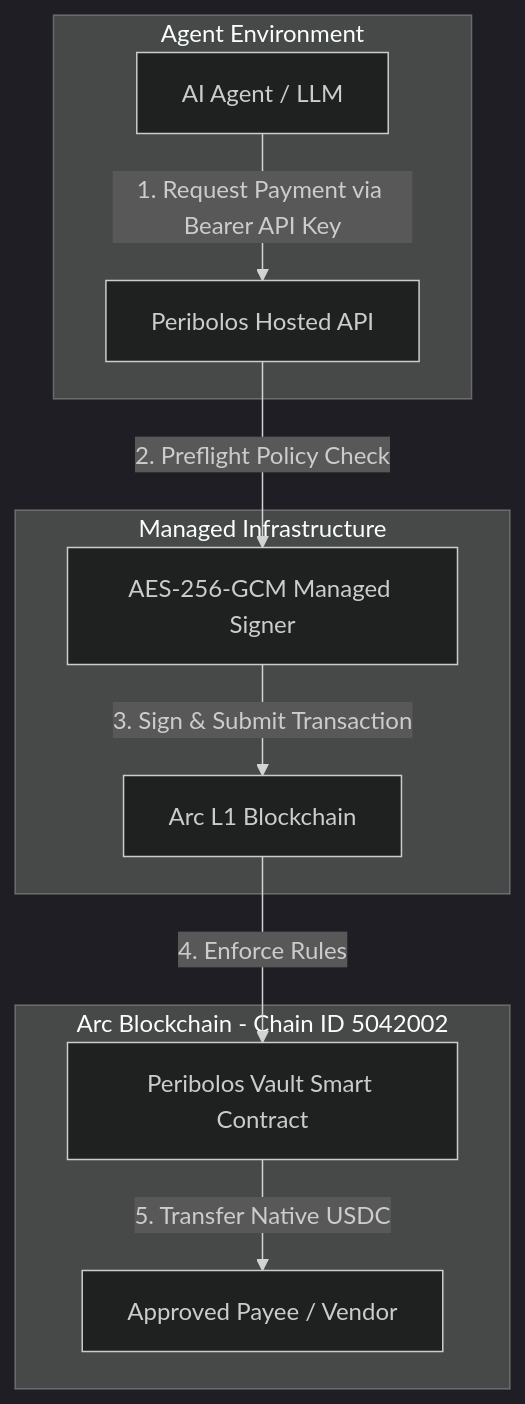
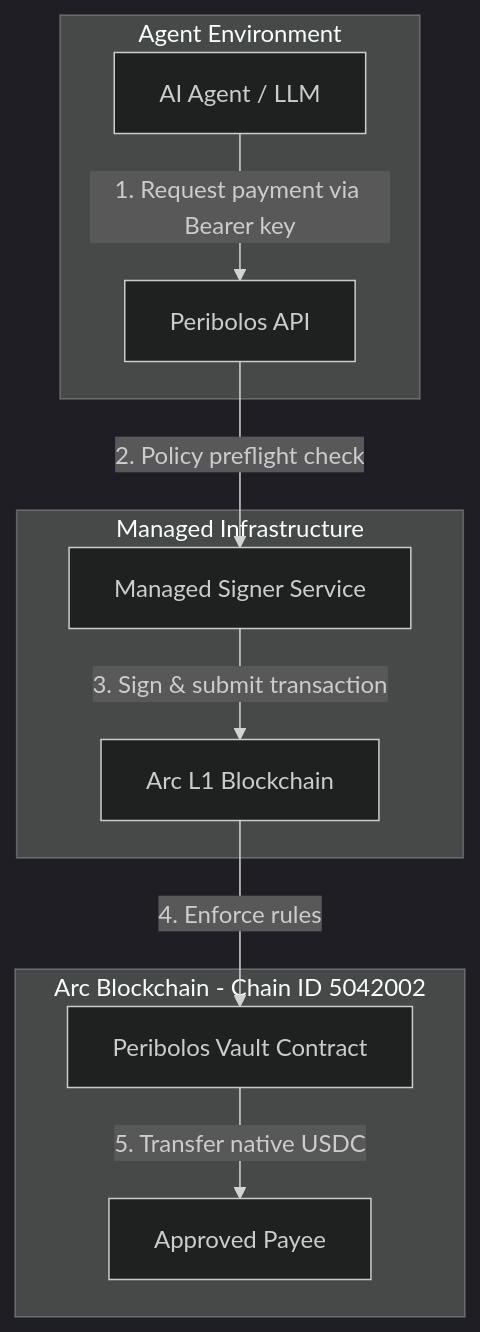
Before and after one commit to CryptoZephyr/Peribolos: the diagram in README.md, drawn with Mermaid (dark theme). The commit also changed other lines of this file, not shown here.

````diff
--- a/README.md
+++ b/README.md
@@ -39,16 +41,16 @@
 ```mermaid
 flowchart TD
     subgraph Agent Environment
-        A[AI Agent / LLM] -->|1. Request Payment via Bearer API Key| B[Peribolos Hosted API]
+        A[AI Agent / LLM] -->|1. Request payment via Bearer key| B[Peribolos API]
     end
 
     subgraph Managed Infrastructure
-        B -->|2. Preflight Policy Check| C[AES-256-GCM Managed Signer]
-        C -->|3. Sign & Submit Transaction| D[Arc L1 Blockchain]
+        B -->|2. Policy preflight check| C[Managed Signer Service]
+        C -->|3. Sign & submit transaction| D[Arc L1 Blockchain]
     end
 
     subgraph Arc Blockchain - Chain ID 5042002
-        D -->|4. Enforce Rules| E[Peribolos Vault Smart Contract]
-        E -->|5. Transfer Native USDC| F[Approved Payee / Vendor]
+        D -->|4. Enforce rules| E[Peribolos Vault Contract]
+        E -->|5. Transfer native USDC| F[Approved Payee]
     end
 ```
````
